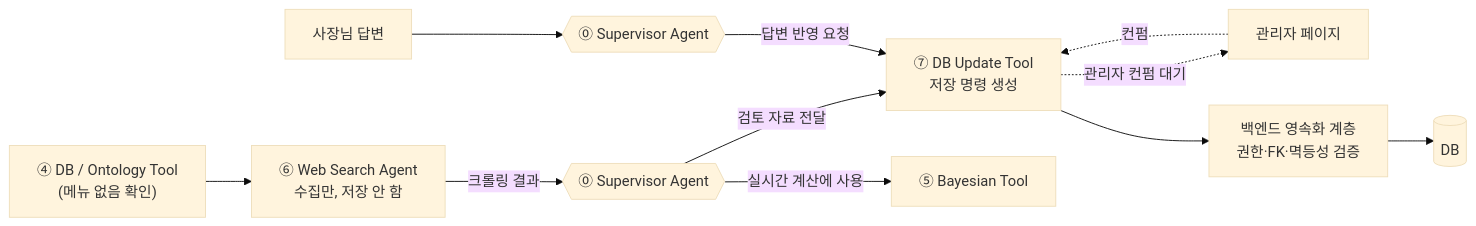
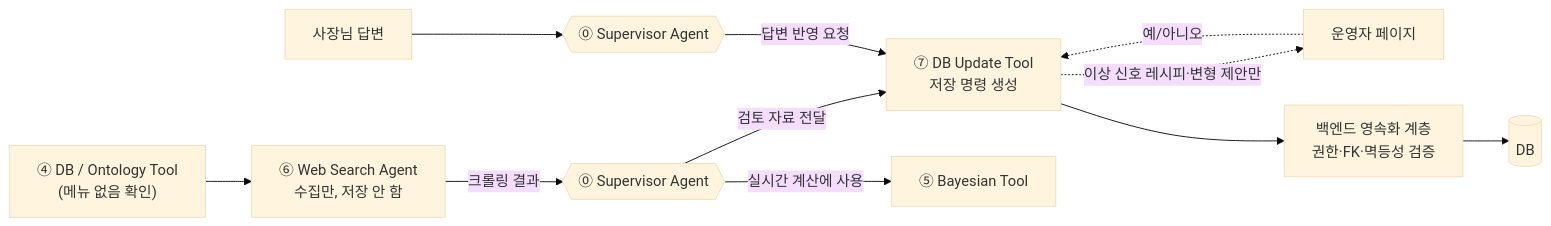
Before and after one commit to Han-Spoon/ai: the first of 4 diagrams in docs/7-tool-dbupdate.md, drawn with Mermaid (base theme). The commit also changed other lines of this file and 1 other file, not shown here.

````diff
--- a/docs/7-tool-dbupdate.md
+++ b/docs/7-tool-dbupdate.md
@@ -65,15 +65,15 @@
 ```mermaid
 graph LR
     ONTO["④ DB / Ontology Tool<br/>(메뉴 없음 확인)"] --> WEB["⑥ Web Search Agent<br/>수집만, 저장 안 함"]
     WEB -->|"크롤링 결과"| SUP1{{⓪ Supervisor Agent}}
     SUP1 -->|"검토 자료 전달"| DBUP["⑦ DB Update Tool<br/>저장 명령 생성"]
     SUP1 -->|"실시간 계산에 사용"| BAYES["⑤ Bayesian Tool"]
 
     OWNER["사장님 답변"] --> SUP2{{⓪ Supervisor Agent}}
     SUP2 -->|"답변 반영 요청"| DBUP
 
-    DBUP -.관리자 컨펌 대기.-> ADMIN[관리자 페이지]
-    ADMIN -.컨펌.-> DBUP
+    DBUP -."이상 신호 레시피·변형 제안만".-> ADMIN[운영자 페이지]
+    ADMIN -.예/아니오.-> DBUP
     DBUP --> API["백엔드 영속화 계층<br/>권한·FK·멱등성 검증"]
     API --> DB[(DB)]
 ```
````
